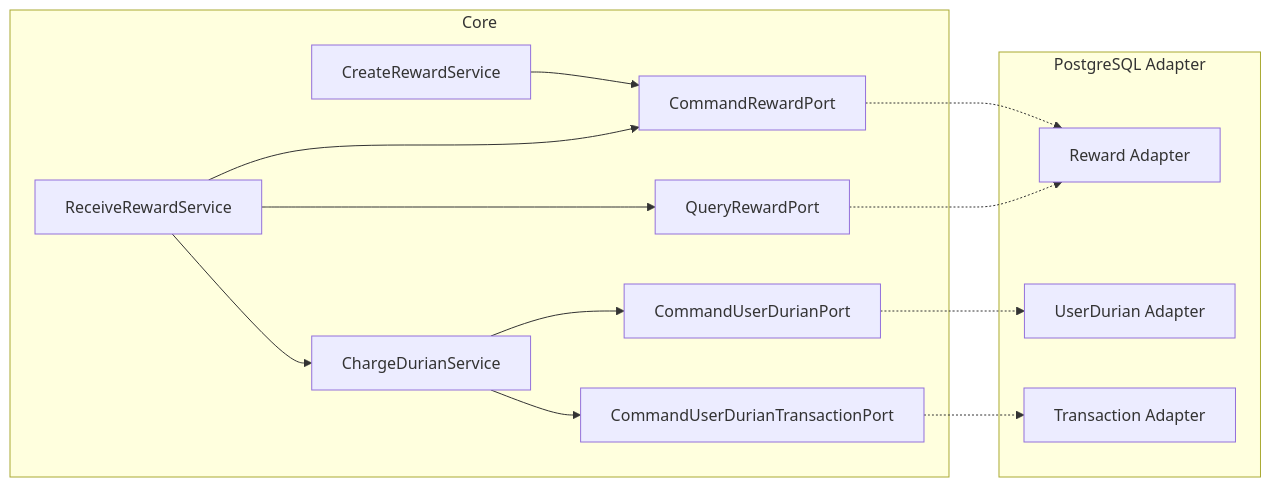
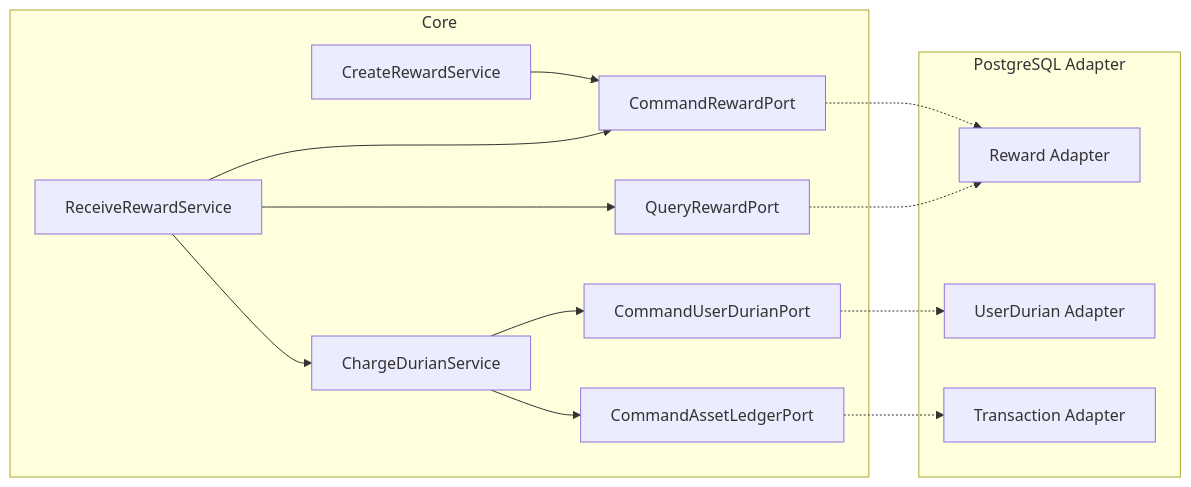
One commit to jiwon11/jiwon11.github.io changed diagram 12 of 13 in _posts/2026-03-20-reward-creation-receipt-charge-responsibility.md. Above: the diagram before and after it, drawn with Mermaid. The commit also changed other lines of this file and 9 other files, not shown here.

```diff
--- a/_posts/2026-03-20-reward-creation-receipt-charge-responsibility.md
+++ b/_posts/2026-03-20-reward-creation-receipt-charge-responsibility.md
@@ -602,29 +600,29 @@
 ~~~mermaid
 flowchart LR
     subgraph Core["Core"]
         CR["CreateRewardService"]
         RR["ReceiveRewardService"]
         CD["ChargeDurianService"]
         CP["CommandRewardPort"]
         QP["QueryRewardPort"]
         DP["CommandUserDurianPort"]
-        TP["CommandUserDurianTransactionPort"]
+        TP["CommandAssetLedgerPort"]
     end
 
     subgraph Infra["PostgreSQL Adapter"]
         RA["Reward Adapter"]
         DA["UserDurian Adapter"]
         TA["Transaction Adapter"]
     end
 
     CR --> CP
     RR --> QP
     RR --> CP
     RR --> CD
     CD --> DP
     CD --> TP
     CP -.-> RA
     QP -.-> RA
     DP -.-> DA
     TP -.-> TA
 ~~~
```
